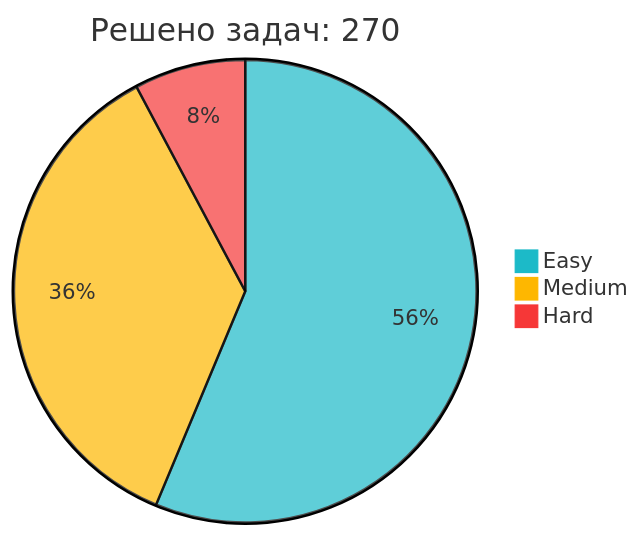
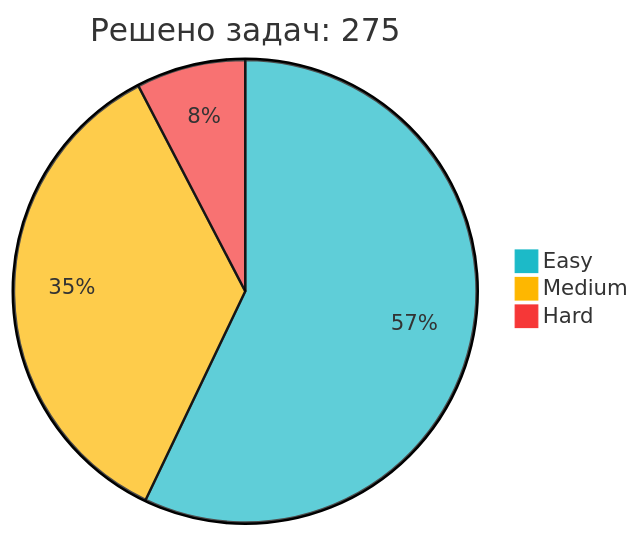
The diagram in README.md (IliaKurdukov/IliaKurdukov), drawn with Mermaid before and after one commit. The commit also changed other lines of this file, not shown here.

Commit message:
📈 Обновление статистики LeetCode

````diff
--- a/README.md
+++ b/README.md
@@ -51,7 +51,7 @@
 ```mermaid
 %%{init: {'theme': 'base', 'themeVariables': { 'pie1': '#1CBAC8', 'pie2': '#FEB700', 'pie3': '#F63737' }, 'config': {'width': 300, 'height': 200}}}%%
-pie title Решено задач: 270
-   "Easy" : 152
+pie title Решено задач: 275
+   "Easy" : 157
    "Medium" : 97
    "Hard" : 21
 ```
````
